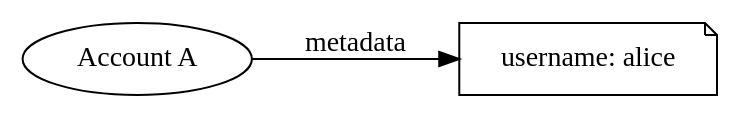
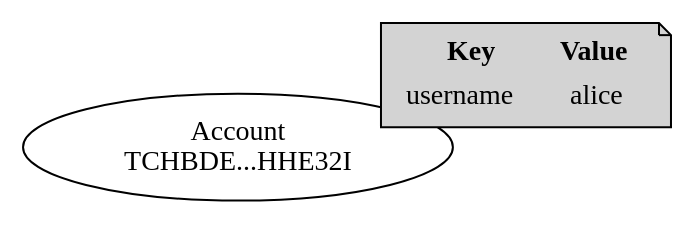
Before and after one commit to symbol/symbol: the diagram in mkdocs/pages/en/devbook/accounts/account-metadata.md, drawn with Graphviz. The commit also changed other lines of this file, not shown here.

````diff
--- a/mkdocs/pages/en/devbook/accounts/account-metadata.md
+++ b/mkdocs/pages/en/devbook/accounts/account-metadata.md
@@ -13,8 +13,13 @@
 ```dot
 digraph {
-    rankdir="LR";
-    Account [label="Account A" tooltip="Account"];
-    Metadata [label="username: alice" tooltip="Metadata entry" shape=note];
-    Account -> Metadata [label="metadata"];
+    layout="neato";
+    Account [label="Account\nTCHBDE...HHE32I" tooltip="Account" pos="0,0!"];
+    Metadata [
+        style=filled
+        class=metadata
+        label=<<table border="0"><tr><td><b>Key</b></td><td><b>Value</b></td></tr><tr><td>username</td><td>alice</td></tr></table>>
+        tooltip="Metadata entry"
+        shape=note
+        pos="2.0,0.5!"];
 }
 ```
````
